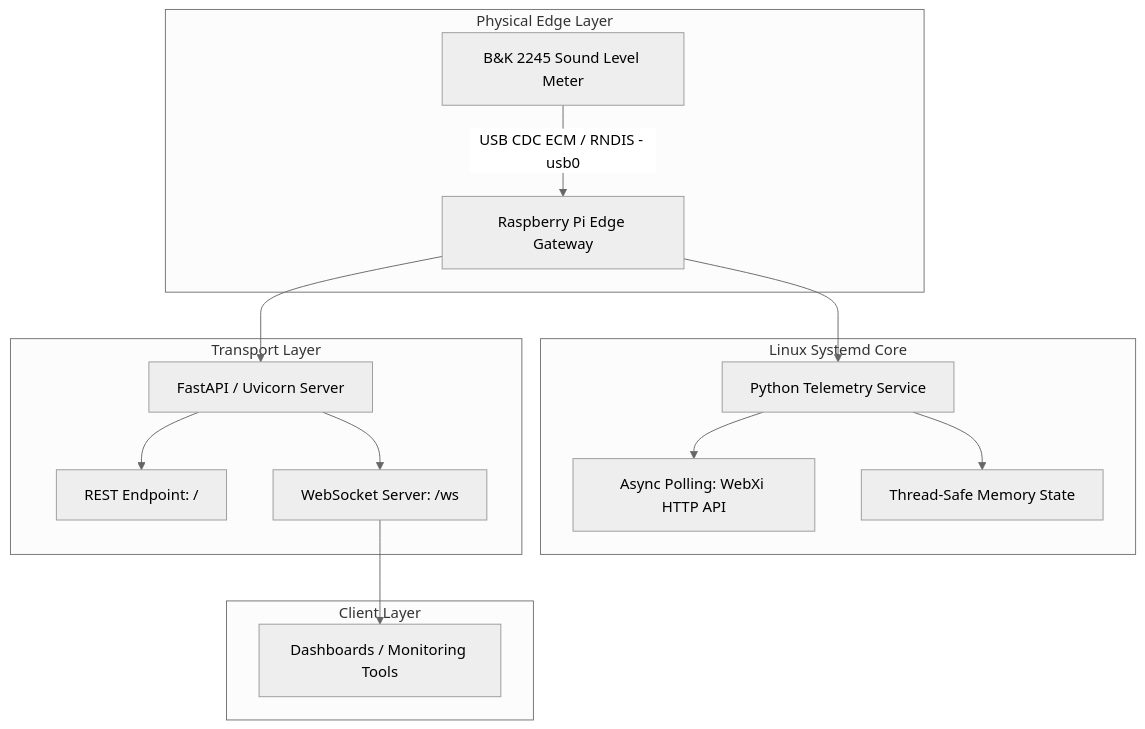
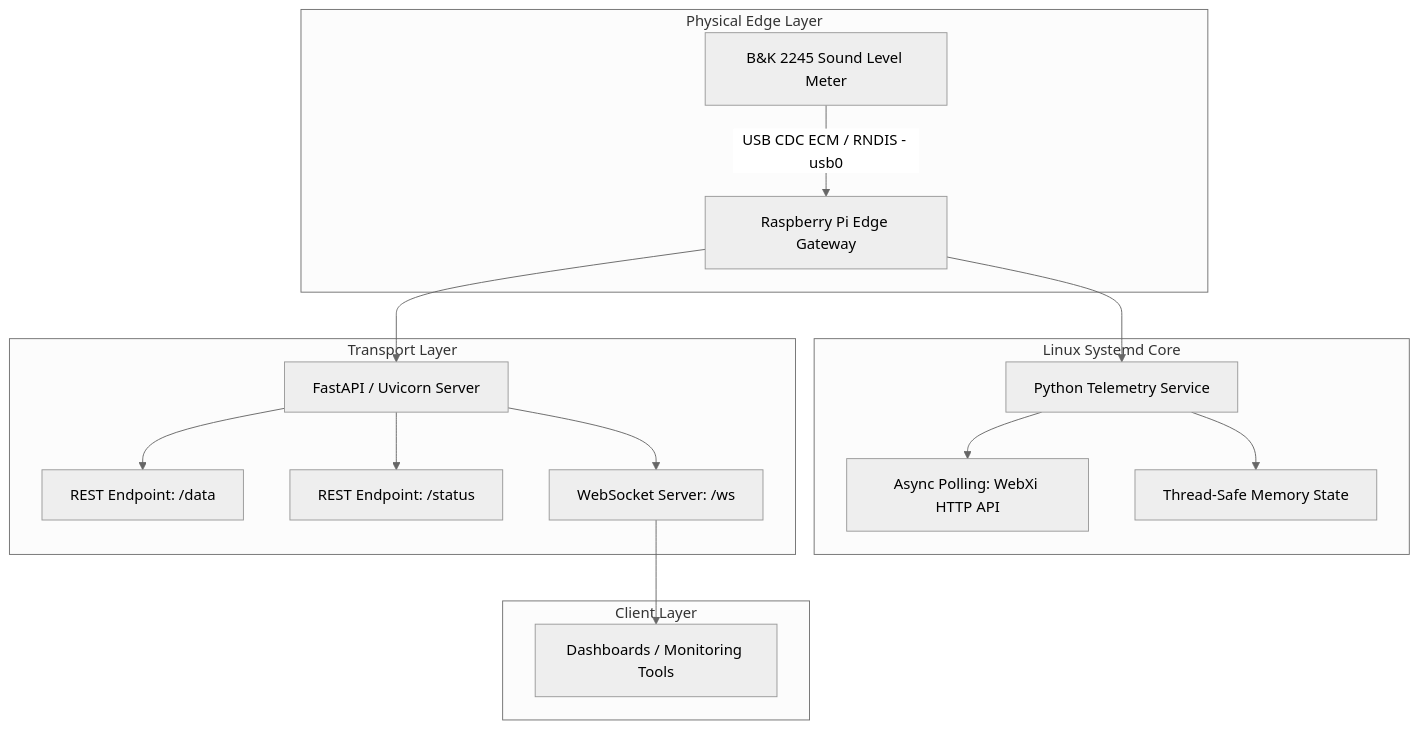
One commit to carnestoltes/bk2245-logger changed the diagram in README.md. Above: the diagram before and after it, drawn with Mermaid (neutral theme).

````diff
--- a/README.md
+++ b/README.md
@@ -38,19 +38,20 @@
 ```mermaid
 flowchart TD
     subgraph Physical Edge Layer
         A[B&K 2245 Sound Level Meter] -->|USB CDC ECM / RNDIS - usb0| B[Raspberry Pi Edge Gateway]
     end
     subgraph Linux Systemd Core
         B --> C[Python Telemetry Service]
         C --> D[Async Polling: WebXi HTTP API]
         C --> E[Thread-Safe Memory State]
     end
     subgraph Transport Layer
         B --> F[FastAPI / Uvicorn Server]
-        F --> G[REST Endpoint: /]
-        F --> H[WebSocket Server: /ws]
+        F --> G[REST Endpoint: /data]
+        F --> H[REST Endpoint: /status]
+        F --> I[WebSocket Server: /ws]
     end
     subgraph Client Layer
-        H --> I[Dashboards / Monitoring Tools]
+        I --> J[Dashboards / Monitoring Tools]
     end
 ```
````
